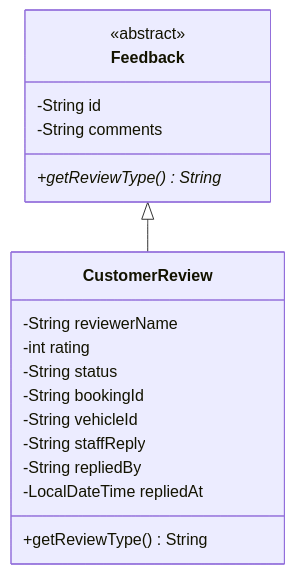
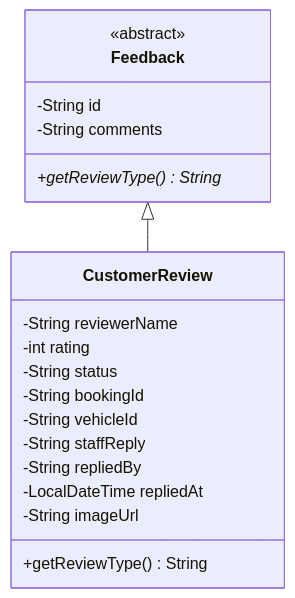
The diagram in reports/5_CUSTOMER_REVIEWS.md (Sankalpa-KMCP/SE1020-Vehicle-Rental-System-new), drawn with Mermaid before and after one commit. The commit also changed other lines of this file and 11 other files, not shown here.

````diff
--- a/reports/5_CUSTOMER_REVIEWS.md
+++ b/reports/5_CUSTOMER_REVIEWS.md
@@ -68,21 +68,22 @@
 ```mermaid
 classDiagram
     class Feedback {
         <<abstract>>
         -String id
         -String comments
         +getReviewType()* String
     }
     class CustomerReview {
         -String reviewerName
         -int rating
         -String status
         -String bookingId
         -String vehicleId
         -String staffReply
         -String repliedBy
         -LocalDateTime repliedAt
+        -String imageUrl
         +getReviewType() String
     }
     Feedback <|-- CustomerReview
 ```
````
